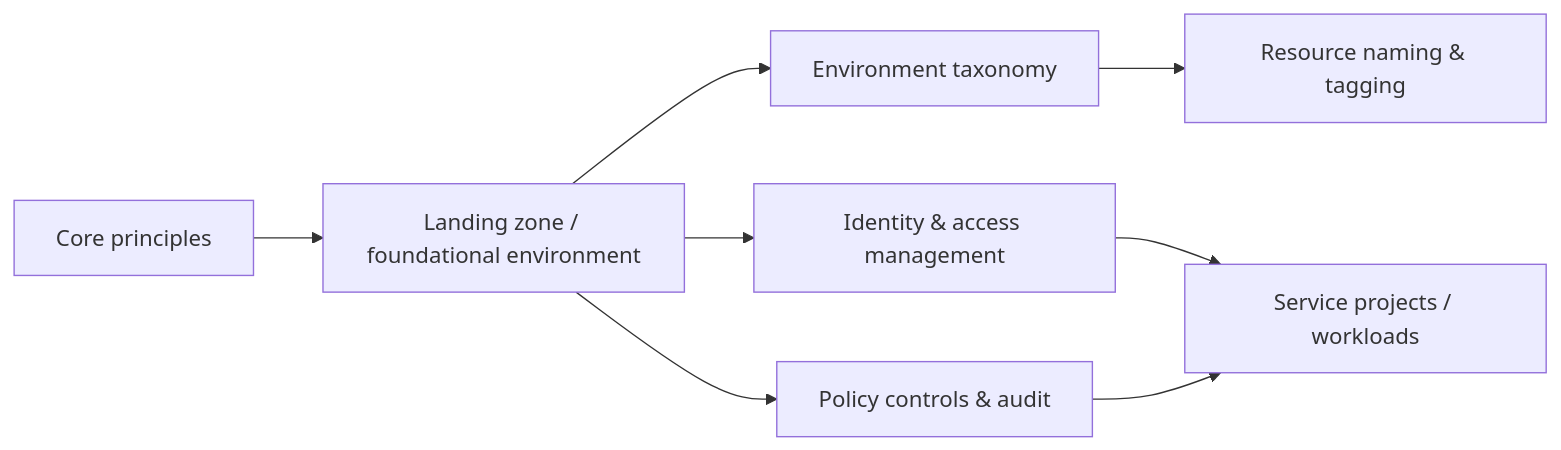
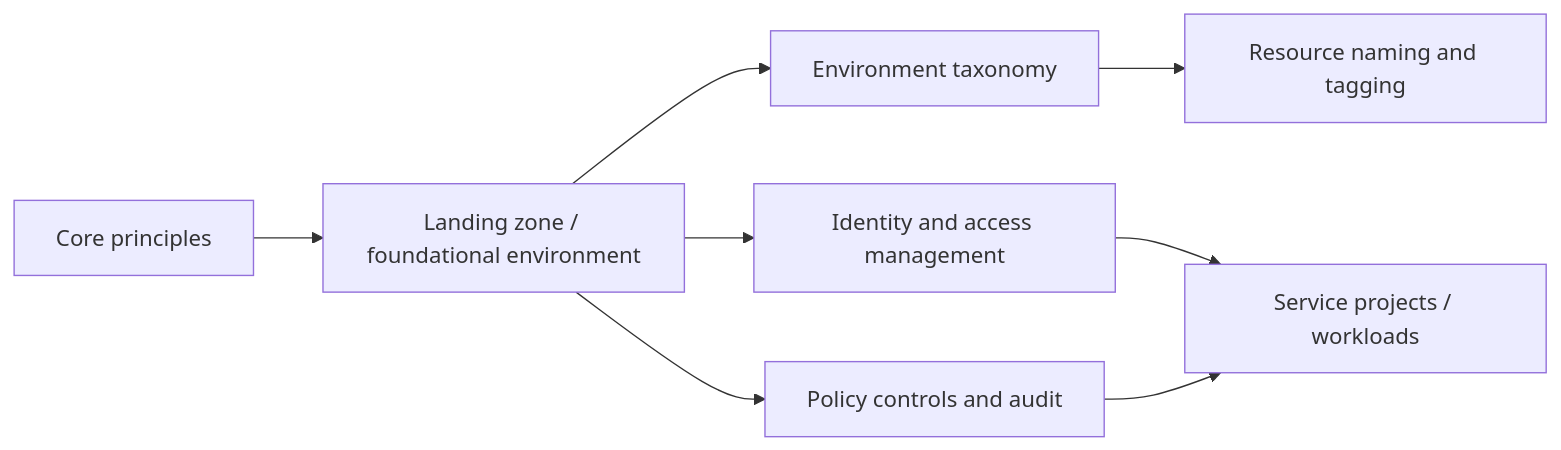
Before and after one commit to sbhrwl/microservices: the diagram in architectureforcloud/governanceandfoundation/README.md, drawn with Mermaid.

````diff
--- a/architectureforcloud/governanceandfoundation/README.md
+++ b/architectureforcloud/governanceandfoundation/README.md
@@ -43,10 +43,10 @@
 ```mermaid
 flowchart LR
     A[Core principles] --> B[Landing zone / foundational environment]
     B --> C[Environment taxonomy]
-    C --> D[Resource naming & tagging]
-    B --> E[Identity & access management]
-    B --> F[Policy controls & audit]
+    C --> D[Resource naming and tagging]
+    B --> E[Identity and access management]
+    B --> F[Policy controls and audit]
     E --> G[Service projects / workloads]
     F --> G
 ```
````
